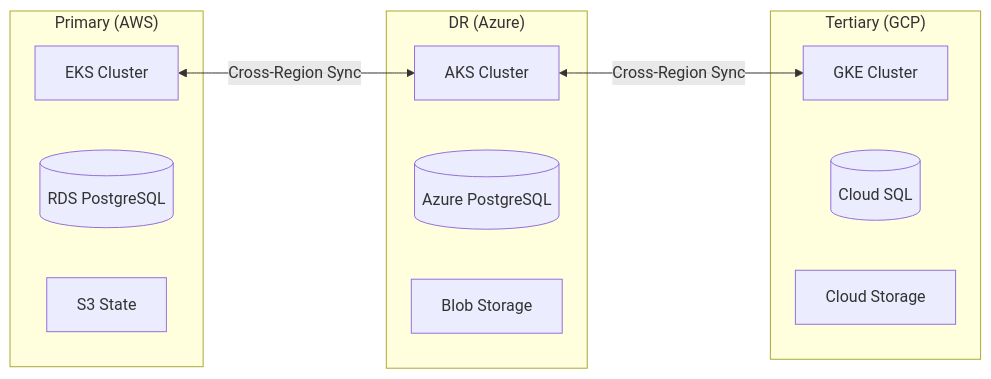
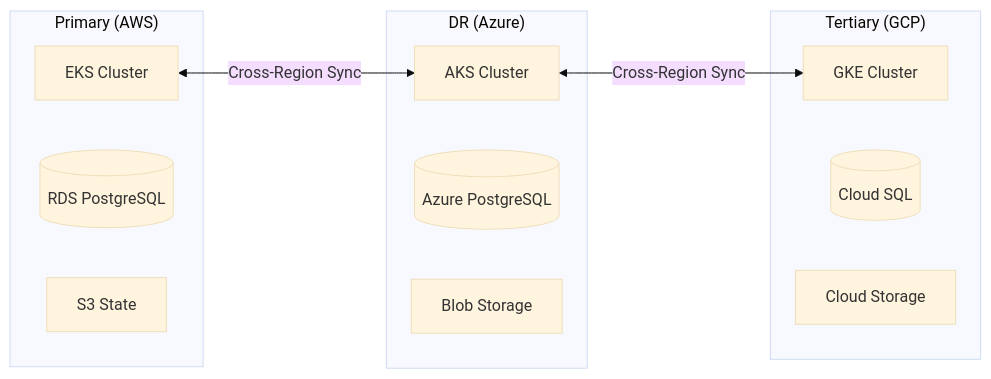
Before and after one commit to lvonguyen/cloudforge: the second of 2 diagrams in docs/architecture/HLD.md, drawn with Mermaid. The commit also changed other lines of this file and 1 other file, not shown here.

Commit message:
docs: enhance README with Mermaid diagram and icons
- Add cloudflare icon to title
- Convert ASCII architecture to Mermaid with color-coded layers
- Add Georgia font to all Mermaid diagrams
- Add section icons (terraform, vault, grafana)
- Preserve ASCII fallback in collapsible block

````diff
--- a/docs/architecture/HLD.md
+++ b/docs/architecture/HLD.md
@@ -206,23 +207,24 @@
 ```mermaid
+%%{init: {'theme': 'base', 'themeVariables': {'fontFamily': 'Georgia'}}}%%
 flowchart LR
     subgraph Primary["Primary (AWS)"]
         EKS[EKS Cluster]
         RDS[(RDS PostgreSQL)]
         S3[S3 State]
     end
 
     subgraph DR["DR (Azure)"]
         AKS[AKS Cluster]
         PostgresAz[(Azure PostgreSQL)]
         Blob[Blob Storage]
     end
 
     subgraph Tertiary["Tertiary (GCP)"]
         GKE[GKE Cluster]
         CloudSQL[(Cloud SQL)]
         GCS[Cloud Storage]
     end
 
     EKS <-->|Cross-Region Sync| AKS
     AKS <-->|Cross-Region Sync| GKE
 ```
````
